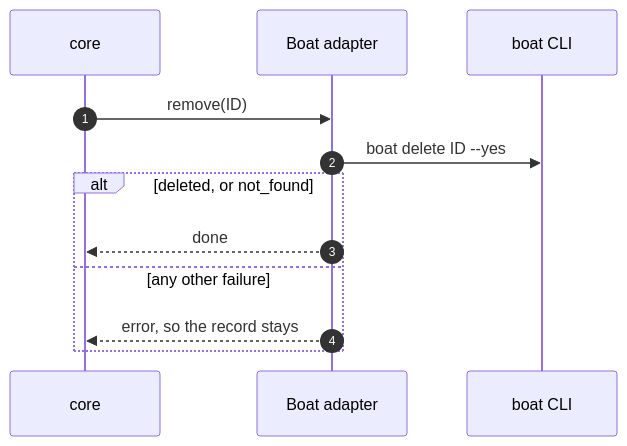
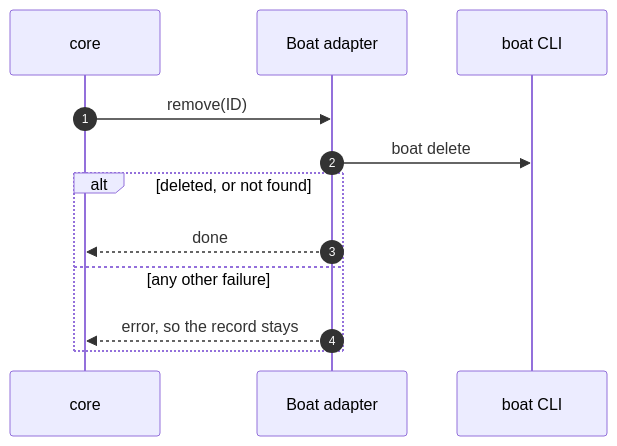
The seventh of 8 diagrams in docs/providers/boat.md (NextNodeSolutions/workspace), drawn with Mermaid before and after one commit. The commit also changed other lines of this file and 4 other files, not shown here.

````diff
--- a/docs/providers/boat.md
+++ b/docs/providers/boat.md
@@ -194,14 +183,14 @@
 ```mermaid
 sequenceDiagram
     autonumber
     participant Core as core
     participant A as Boat adapter
     participant B as boat CLI
     Core->>A: remove(ID)
-    A->>B: boat delete ID --yes
-    alt deleted, or not_found
+    A->>B: boat delete
+    alt deleted, or not found
         A-->>Core: done
     else any other failure
         A-->>Core: error, so the record stays
     end
 ```
````
